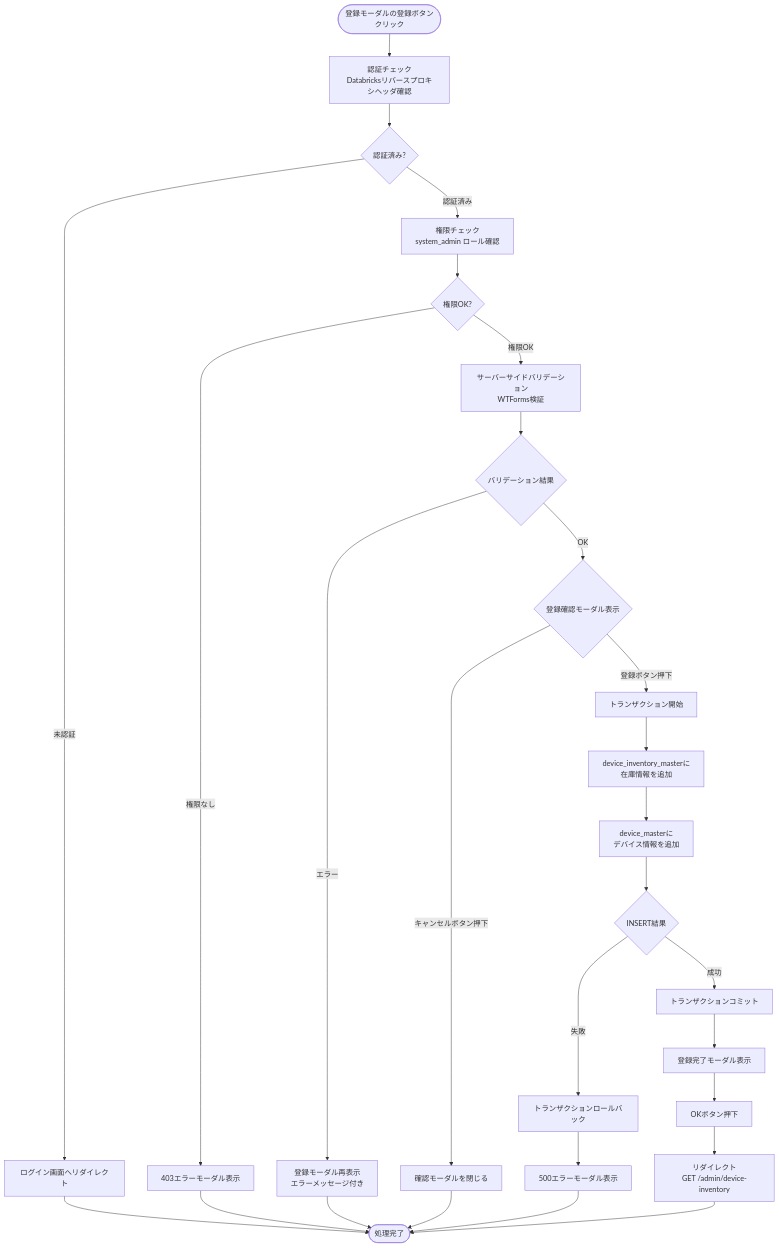
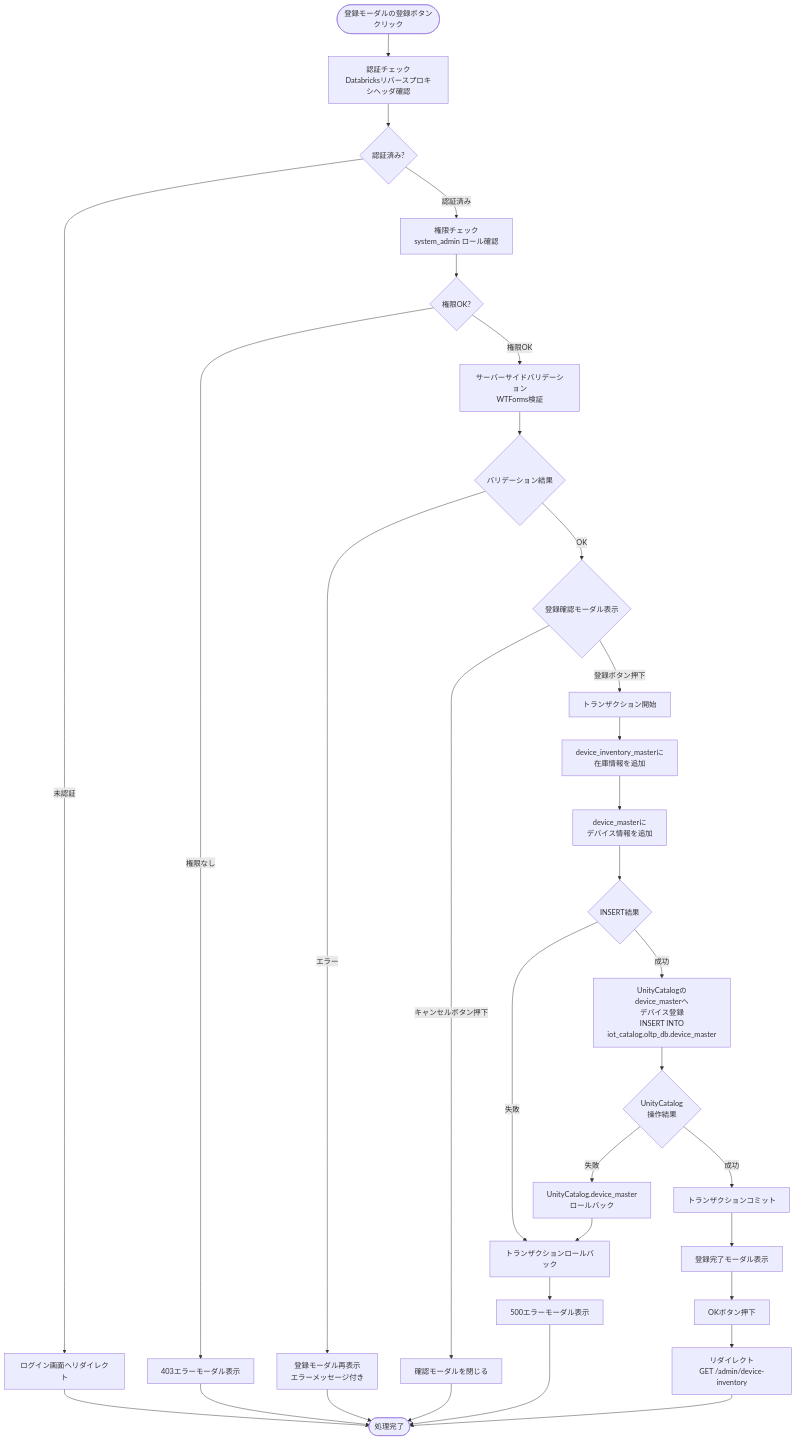
Before and after one commit to NSW-SVCP-AIWG002/Databricks-IoT: the fourth of 9 diagrams in docs/03-features/flask-app/device-inventory/workflow-specification.md, drawn with Mermaid. The commit also changed other lines of this file and 11 other files, not shown here.

````diff
--- a/docs/03-features/flask-app/device-inventory/workflow-specification.md
+++ b/docs/03-features/flask-app/device-inventory/workflow-specification.md
@@ -617,38 +557,44 @@
 ```mermaid
 flowchart TD
     Start([登録モーダルの登録ボタン<br>クリック]) --> Auth[認証チェック<br>Databricksリバースプロキシヘッダ確認]
     Auth --> CheckAuth{認証済み?}
     CheckAuth -->|未認証| Error401[ログイン画面へリダイレクト]
     Error401 --> End([処理完了])
 
     CheckAuth -->|認証済み| Permission[権限チェック<br>system_admin ロール確認]
     Permission --> CheckPerm{権限OK?}
     CheckPerm -->|権限なし| Error403[403エラーモーダル表示]
     Error403 --> End
 
     CheckPerm -->|権限OK| Validate[サーバーサイドバリデーション<br>WTForms検証]
     Validate --> ValidCheck{バリデーション結果}
 
     ValidCheck -->|エラー| ValidError[登録モーダル再表示<br>エラーメッセージ付き]
     ValidError --> End
 
     ValidCheck -->|OK| OpenModal{登録確認モーダル表示}
 
     OpenModal -->|キャンセルボタン押下| CloseModal[確認モーダルを閉じる]
     CloseModal --> End
 
     OpenModal -->|登録ボタン押下| BeginTx[トランザクション開始]
     BeginTx --> InsertInventory[device_inventory_masterに<br>在庫情報を追加]
     InsertInventory --> InsertDevice[device_masterに<br>デバイス情報を追加]
     InsertDevice --> InsertResult{INSERT結果}
 
     InsertResult -->|失敗| Rollback[トランザクションロールバック]
     Rollback --> Error500[500エラーモーダル表示]
     Error500 --> End
 
-    InsertResult -->|成功| Commit[トランザクションコミット]
+    InsertResult -->|成功| InsertUC[UnityCatalogの<br>device_masterへ<br>デバイス登録<br>INSERT INTO<br>iot_catalog.oltp_db.device_master]
+
+    InsertUC --> UCInsertResult{UnityCatalog<br>操作結果}
+    UCInsertResult --> |成功|Commit[トランザクションコミット]
+    UCInsertResult --> |失敗|UCRollback[UnityCatalog.device_master<br>ロールバック]
+    UCRollback --> Rollback
+
     Commit --> ShowComplete[登録完了モーダル表示]
     ShowComplete --> UserOK[OKボタン押下]
     UserOK --> Redirect[リダイレクト<br>GET /admin/device-inventory]
     Redirect --> End
 ```
````
